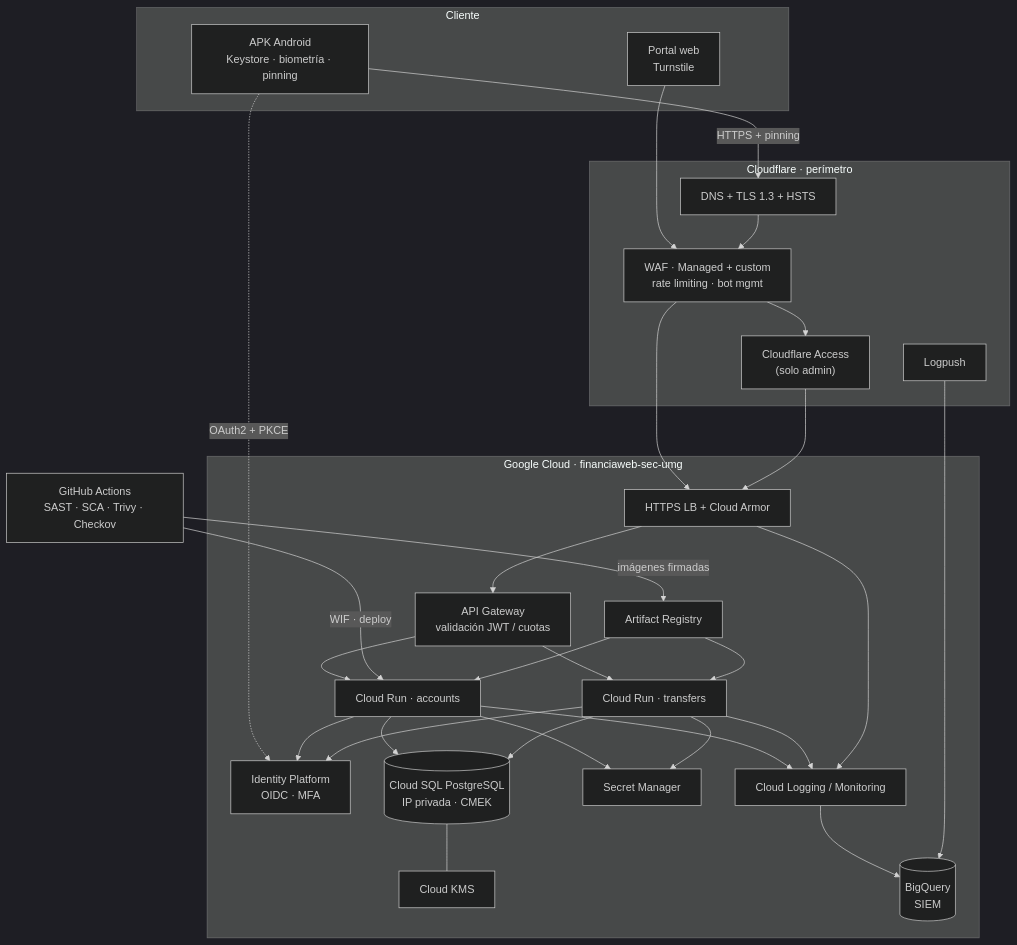
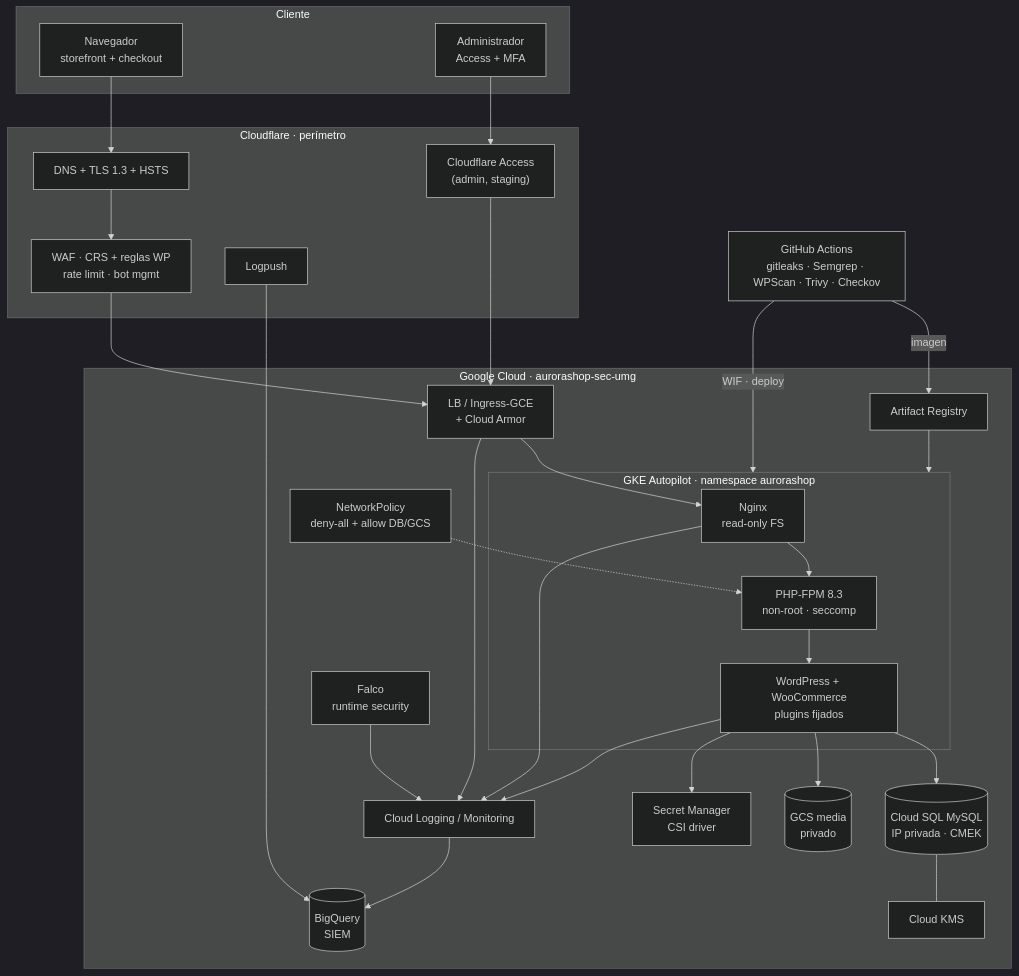
The diagram in docs/02-arquitectura/arquitectura-seguridad.md (Joliva07/ProyectoFinal_SeguridadEnAplicaciones), drawn with Mermaid (dark theme) before and after one commit. The commit also changed other lines of this file and 38 other files, not shown here.

Commit message:
docs: cambio de alcance a Opción B (WordPress/WooCommerce en GKE) en todo el proyecto

````diff
--- a/docs/02-arquitectura/arquitectura-seguridad.md
+++ b/docs/02-arquitectura/arquitectura-seguridad.md
@@ -15,57 +15,52 @@
 ```mermaid
 flowchart TB
-    subgraph DEV["Cliente"]
-        APK["APK Android<br/>Keystore · biometría · pinning"]
-        WEB["Portal web<br/>Turnstile"]
+    subgraph USER["Cliente"]
+        BR["Navegador<br/>storefront + checkout"]
+        ADM["Administrador<br/>Access + MFA"]
     end
 
-    subgraph EDGE["Cloudflare · perímetro"]
+    subgraph CF["Cloudflare · perímetro"]
         DNS["DNS + TLS 1.3 + HSTS"]
-        WAF["WAF · Managed + custom<br/>rate limiting · bot mgmt"]
-        ACCESS["Cloudflare Access<br/>(solo admin)"]
+        WAF["WAF · CRS + reglas WP<br/>rate limit · bot mgmt"]
+        ACC["Cloudflare Access<br/>(admin, staging)"]
         LP["Logpush"]
     end
 
-    subgraph GCP["Google Cloud · financiaweb-sec-umg"]
-        LB["HTTPS LB + Cloud Armor"]
-        APIGW["API Gateway<br/>validación JWT / cuotas"]
-        IDP["Identity Platform<br/>OIDC · MFA"]
-        RUN1["Cloud Run · accounts"]
-        RUN2["Cloud Run · transfers"]
-        SQL[("Cloud SQL PostgreSQL<br/>IP privada · CMEK")]
-        SM["Secret Manager"]
+    subgraph GCP["Google Cloud · aurorashop-sec-umg"]
+        LB["LB / Ingress-GCE<br/>+ Cloud Armor"]
+        NP["NetworkPolicy<br/>deny-all + allow DB/GCS"]
+        subgraph GKE["GKE Autopilot · namespace aurorashop"]
+            NGX["Nginx<br/>read-only FS"]
+            PHP["PHP-FPM 8.3<br/>non-root · seccomp"]
+            WP["WordPress + WooCommerce<br/>plugins fijados"]
+        end
+        SQL[("Cloud SQL MySQL<br/>IP privada · CMEK")]
+        GCS[("GCS media<br/>privado")]
+        SM["Secret Manager<br/>CSI driver"]
         KMS["Cloud KMS"]
         LOG["Cloud Logging / Monitoring"]
         BQ[("BigQuery<br/>SIEM")]
         AR["Artifact Registry"]
+        FALCO["Falco<br/>runtime security"]
     end
 
-    CI["GitHub Actions<br/>SAST · SCA · Trivy · Checkov"]
+    CI["GitHub Actions<br/>gitleaks · Semgrep · WPScan · Trivy · Checkov"]
 
-    APK -->|"HTTPS + pinning"| DNS
-    WEB --> WAF
-    DNS --> WAF
-    WAF --> ACCESS
-    WAF --> LB
-    ACCESS --> LB
-    LB --> APIGW
-    APIGW --> RUN1
-    APIGW --> RUN2
-    APK -.->|"OAuth2 + PKCE"| IDP
-    RUN1 --> IDP
-    RUN2 --> IDP
-    RUN1 --> SQL
-    RUN2 --> SQL
-    RUN1 --> SM
-    RUN2 --> SM
+    BR --> DNS --> WAF --> LB
+    ADM --> ACC --> LB
+    LB --> NGX --> PHP --> WP
+    WP --> SQL
+    WP --> GCS
+    WP --> SM
     SQL --- KMS
-    RUN1 --> LOG
-    RUN2 --> LOG
+    WP --> LOG
+    NGX --> LOG
+    FALCO --> LOG
     LB --> LOG
     LOG --> BQ
     LP --> BQ
-    CI -->|"WIF · deploy"| RUN1
-    CI -->|"imágenes firmadas"| AR
-    AR --> RUN1
-    AR --> RUN2
+    CI -->|"WIF · deploy"| GKE
+    CI -->|"imagen"| AR
+    AR --> GKE
+    NP -.-> PHP
 ```
````
